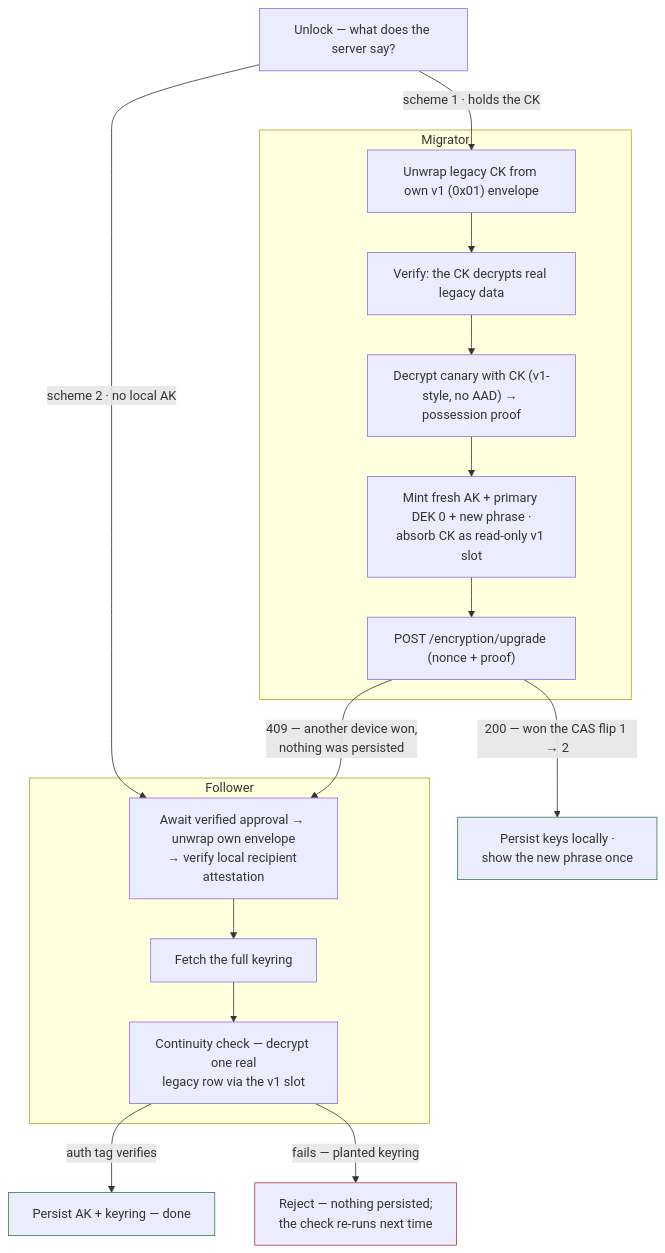
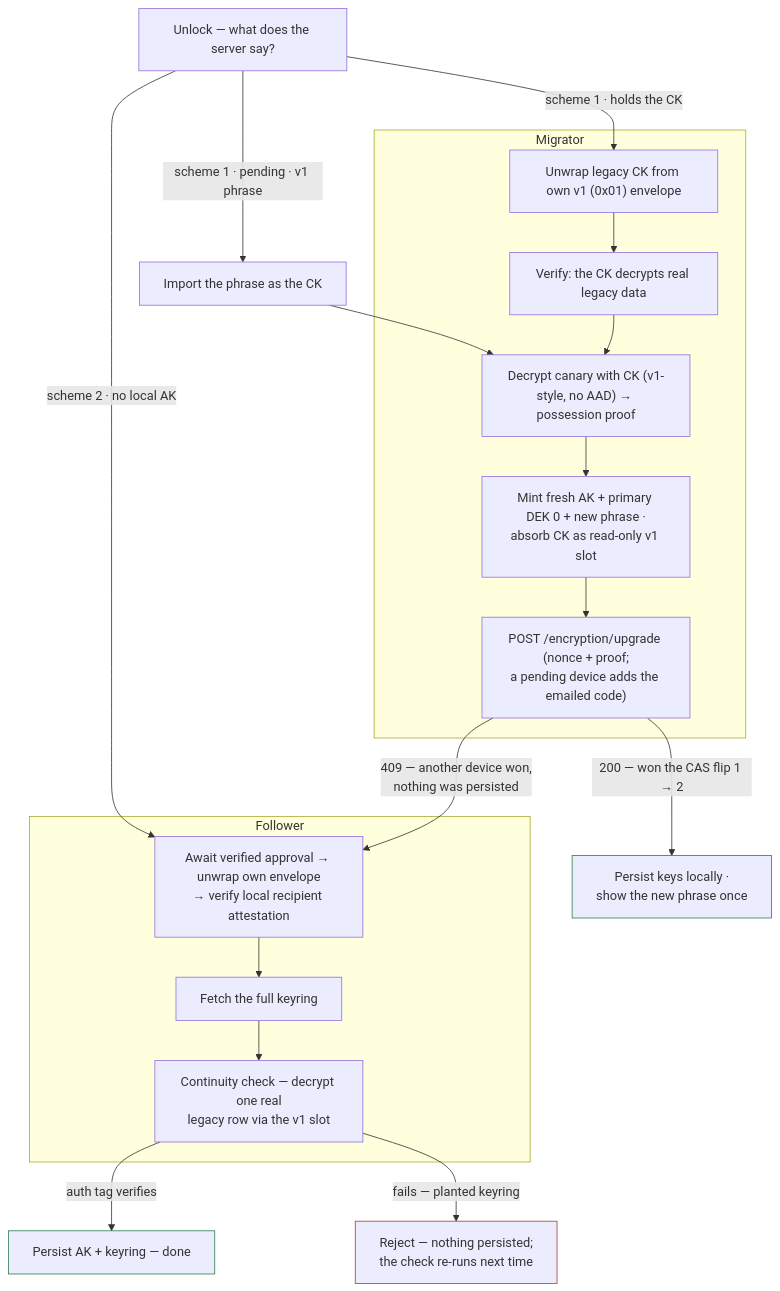
The ninth of 9 diagrams in docs/internals/architecture/e2e-encryption.md (thunderbird/thunderbolt), drawn with Mermaid before and after one commit. The commit also changed other lines of this file and 5 other files, not shown here.

````diff
--- a/docs/internals/architecture/e2e-encryption.md
+++ b/docs/internals/architecture/e2e-encryption.md
@@ -684,27 +684,28 @@
 ```mermaid
 flowchart TD
     A["Unlock — what does the server say?"] -->|"scheme 1 · holds the CK"| M1
     A -->|"scheme 2 · no local AK"| F1
+    A -->|"scheme 1 · pending · v1 phrase"| P1["Import the phrase as the CK"] --> M2
 
     subgraph Migrator
     M1["Unwrap legacy CK from own v1 (0x01) envelope"] --> M1b["Verify: the CK decrypts real legacy data"]
     M1b --> M2["Decrypt canary with CK (v1-style, no AAD) → possession proof"]
     M2 --> M3["Mint fresh AK + primary DEK 0 + new phrase ·<br/>absorb CK as read-only v1 slot"]
-    M3 --> M4["POST /encryption/upgrade (nonce + proof)"]
+    M3 --> M4["POST /encryption/upgrade (nonce + proof;<br/>a pending device adds the emailed code)"]
     end
 
     M4 -->|"200 — won the CAS flip 1 → 2"| W["Persist keys locally ·<br/>show the new phrase once"]
     M4 -->|"409 — another device won,<br/>nothing was persisted"| F1
 
     subgraph Follower
     F1["Await verified approval → unwrap own envelope<br/>→ verify local recipient attestation"] --> F2["Fetch the full keyring"]
     F2 --> F3["Continuity check — decrypt one real<br/>legacy row via the v1 slot"]
     end
 
     F3 -->|"auth tag verifies"| P["Persist AK + keyring — done"]
     F3 -->|"fails — planted keyring"| X["Reject — nothing persisted;<br/>the check re-runs next time"]
 
     style W stroke:#2e7d4f
     style P stroke:#2e7d4f
     style X stroke:#b4373c
 ```
````
